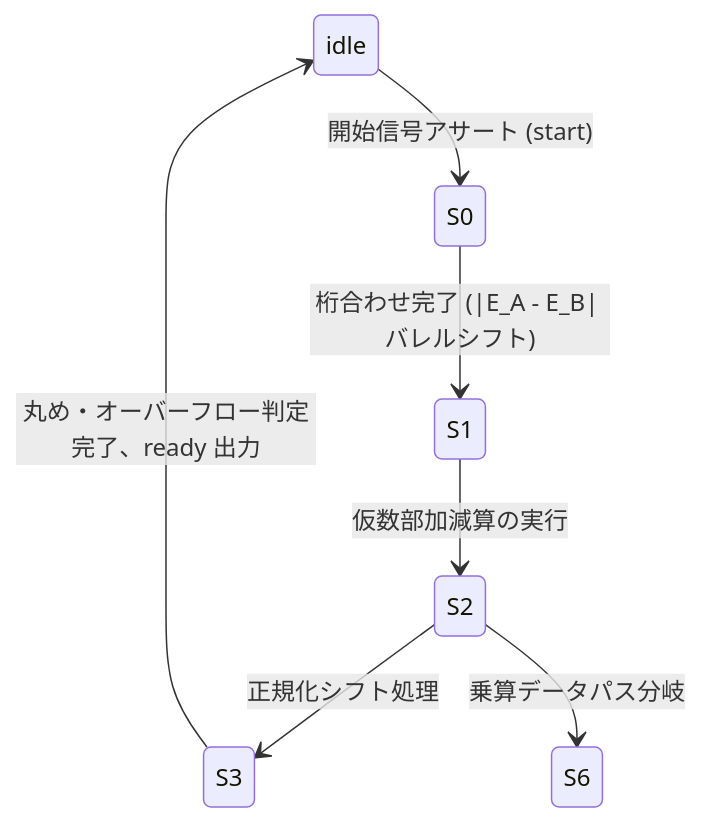
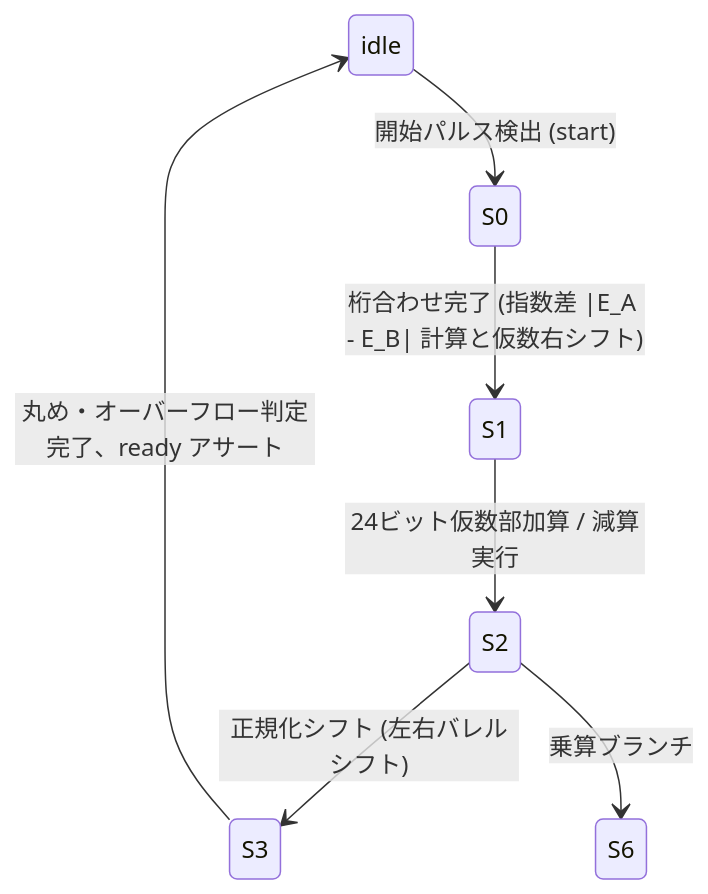
One commit to DongFengPo1412/Design-of-Simple-Calculator-Based-on-FPGA changed the second of 3 diagrams in README_JA.md. Above: the diagram before and after it, drawn with Mermaid. The commit also changed other lines of this file and 10 other files, not shown here.

Commit message:
docs: optimize multi-paradigm calculator documentation with authentic hardware demo and architectural schematics

````diff
--- a/README_JA.md
+++ b/README_JA.md
@@ -102,9 +133,9 @@
 ```mermaid
 stateDiagram-v2
-    idle --> S0 : 開始信号アサート (start)
-    S0 --> S1 : 桁合わせ完了 (|E_A - E_B| バレルシフト)
-    S1 --> S2 : 仮数部加減算の実行
-    S2 --> S3 : 正規化シフト処理
-    S2 --> S6 : 乗算データパス分岐
-    S3 --> idle : 丸め・オーバーフロー判定完了、ready 出力
+    idle --> S0 : 開始パルス検出 (start)
+    S0 --> S1 : 桁合わせ完了 (指数差 |E_A - E_B| 計算と仮数右シフト)
+    S1 --> S2 : 24ビット仮数部加算 / 減算実行
+    S2 --> S3 : 正規化シフト (左右バレルシフト)
+    S2 --> S6 : 乗算ブランチ
+    S3 --> idle : 丸め・オーバーフロー判定完了、ready アサート
 ```
````
